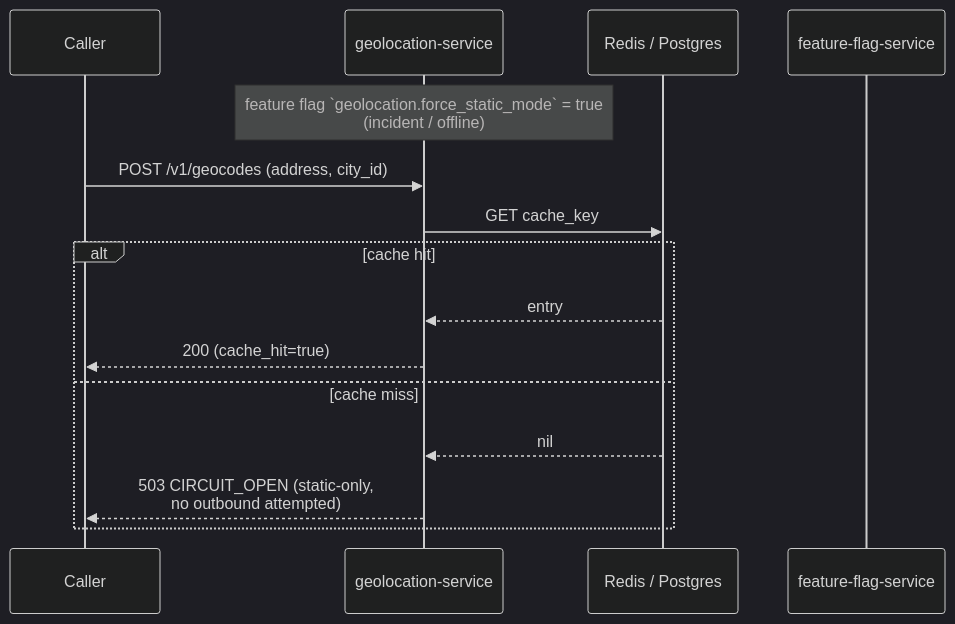
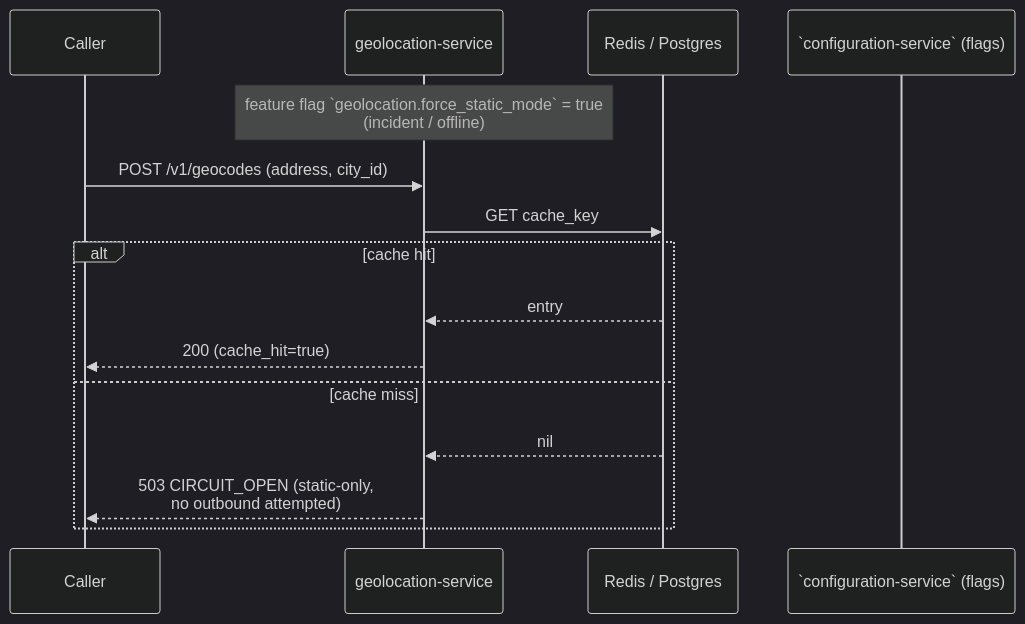
Before and after one commit to mohamedhabibwork/trips-enjoy-docs: diagram 14 of 17 in docs/services/geolocation-service/WORKFLOWS.md, drawn with Mermaid (dark theme). The commit also changed other lines of this file and 525 other files, not shown here.

````diff
--- a/docs/services/geolocation-service/WORKFLOWS.md
+++ b/docs/services/geolocation-service/WORKFLOWS.md
@@ -734,18 +734,18 @@
 ```mermaid
 sequenceDiagram
     participant C as Caller
     participant G as geolocation-service
     participant Cache as Redis / Postgres
-    participant FF as feature-flag-service
+    participant FF as `configuration-service` (flags)
 
     Note over G: feature flag `geolocation.force_static_mode` = true<br/>(incident / offline)
     C->>G: POST /v1/geocodes (address, city_id)
     G->>Cache: GET cache_key
     alt cache hit
         Cache-->>G: entry
         G-->>C: 200 (cache_hit=true)
     else cache miss
         Cache-->>G: nil
         G-->>C: 503 CIRCUIT_OPEN (static-only,<br/>no outbound attempted)
     end
 ```
````
